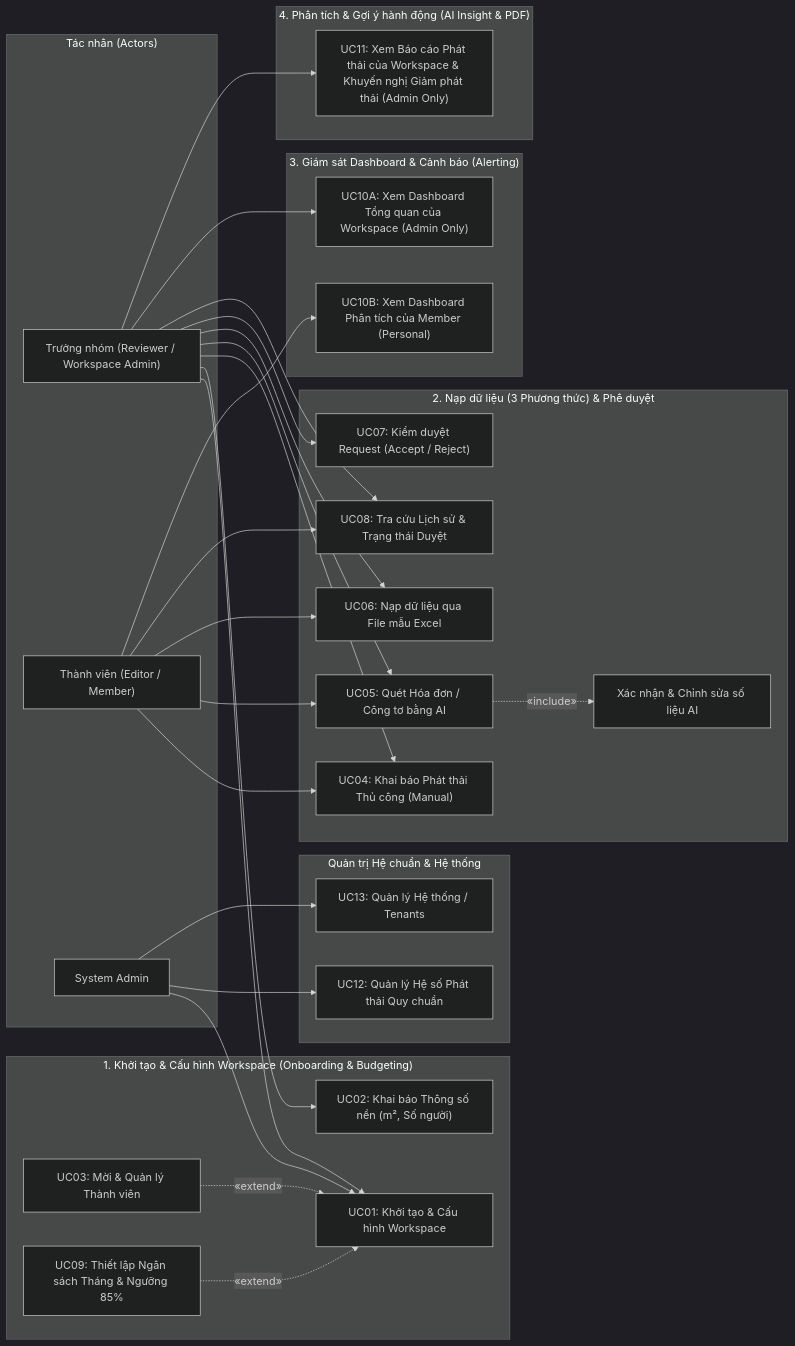
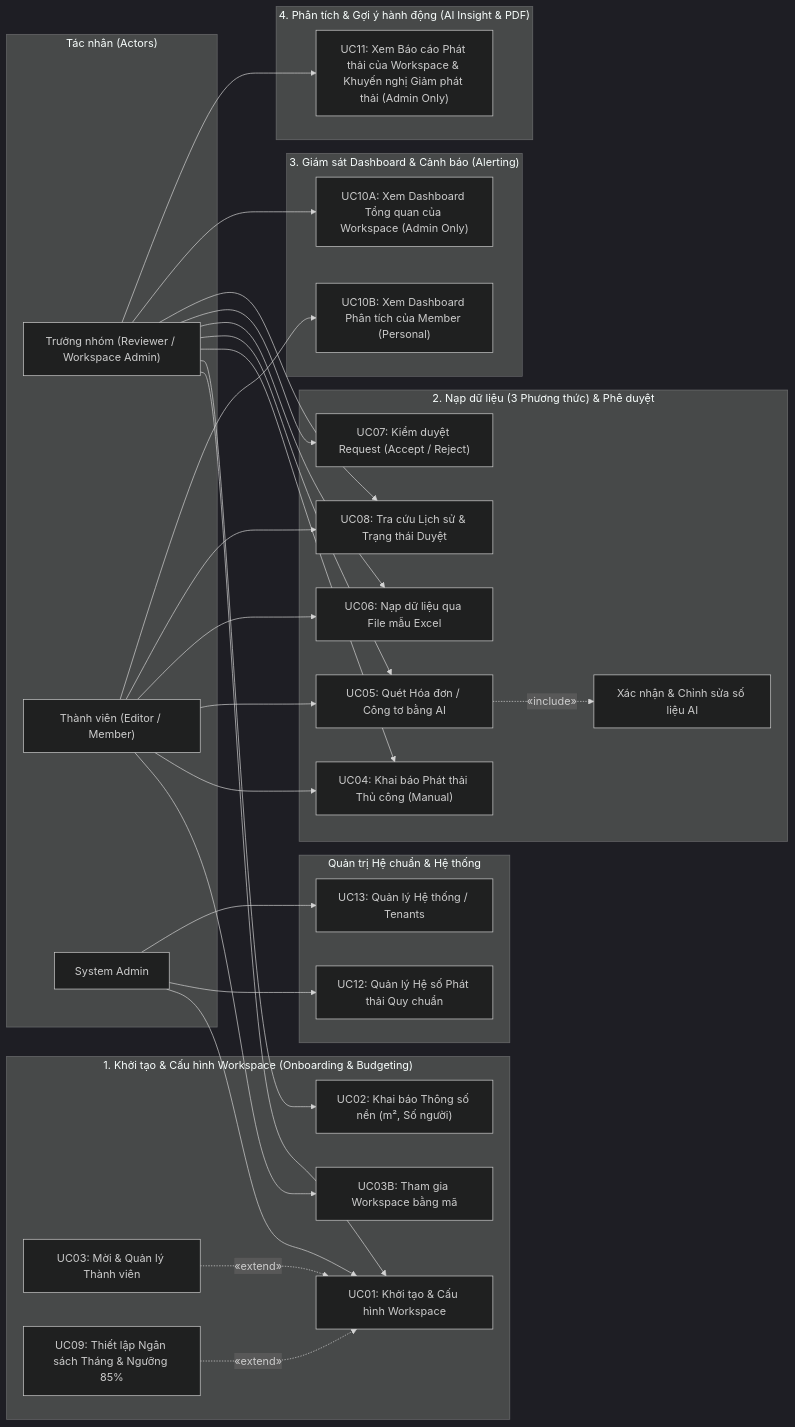
The diagram in docs/03-use-cases.md (DatTienNguyenn/PMDC-BATCH4-DATNT250), drawn with Mermaid (dark theme) before and after one commit. The commit also changed other lines of this file and 3 other files, not shown here.

First line of the commit message:
docs(ucd): add 'Tham gia workspace bằng mã' use case for workspace member

````diff
--- a/docs/03-use-cases.md
+++ b/docs/03-use-cases.md
@@ -34,64 +35,66 @@
 ```mermaid
 flowchart LR
     subgraph Actors["Tác nhân (Actors)"]
         Reviewer["Trưởng nhóm (Reviewer / Workspace Admin)"]
         Editor["Thành viên (Editor / Member)"]
         SysAdmin["System Admin"]
     end
 
     subgraph Flow1Scope["1. Khởi tạo & Cấu hình Workspace (Onboarding & Budgeting)"]
         UC01["UC01: Khởi tạo & Cấu hình Workspace"]
         UC02["UC02: Khai báo Thông số nền (m², Số người)"]
         UC03["UC03: Mời & Quản lý Thành viên"]
+        UC03B["UC03B: Tham gia Workspace bằng mã"]
         UC09["UC09: Thiết lập Ngân sách Tháng & Ngưỡng 85%"]
         UC03 -.->|«extend»| UC01
         UC09 -.->|«extend»| UC01
     end
 
     subgraph Flow2Scope["2. Nạp dữ liệu (3 Phương thức) & Phê duyệt"]
         UC04["UC04: Khai báo Phát thải Thủ công (Manual)"]
         UC05["UC05: Quét Hóa đơn / Công tơ bằng AI"]
         UC06["UC06: Nạp dữ liệu qua File mẫu Excel"]
         UC05_INC["Xác nhận & Chỉnh sửa số liệu AI"]
         UC05 -.->|«include»| UC05_INC
         UC07["UC07: Kiểm duyệt Request (Accept / Reject)"]
         UC08["UC08: Tra cứu Lịch sử & Trạng thái Duyệt"]
     end
 
     subgraph Flow3Scope["3. Giám sát Dashboard & Cảnh báo (Alerting)"]
         UC10_WS["UC10A: Xem Dashboard Tổng quan của Workspace (Admin Only)"]
         UC10_MEM["UC10B: Xem Dashboard Phân tích của Member (Personal)"]
     end
 
     subgraph Flow4Scope["4. Phân tích & Gợi ý hành động (AI Insight & PDF)"]
         UC11["UC11: Xem Báo cáo Phát thải của Workspace & Khuyến nghị Giảm phát thải (Admin Only)"]
     end
 
     subgraph SystemScope["Quản trị Hệ chuẩn & Hệ thống"]
         UC12["UC12: Quản lý Hệ số Phát thải Quy chuẩn"]
         UC13["UC13: Quản lý Hệ thống / Tenants"]
     end
 
     %% Reviewer
     Reviewer --> UC01
     Reviewer --> UC02
     Reviewer --> UC04
     Reviewer --> UC05
     Reviewer --> UC06
     Reviewer --> UC07
     Reviewer --> UC08
     Reviewer --> UC10_WS
     Reviewer --> UC11
 
     %% Editor
+    Editor --> UC03B
     Editor --> UC04
     Editor --> UC05
     Editor --> UC06
     Editor --> UC08
     Editor --> UC10_MEM
 
     %% System Admin
     SysAdmin --> UC01
     SysAdmin --> UC12
     SysAdmin --> UC13
 ```
````
